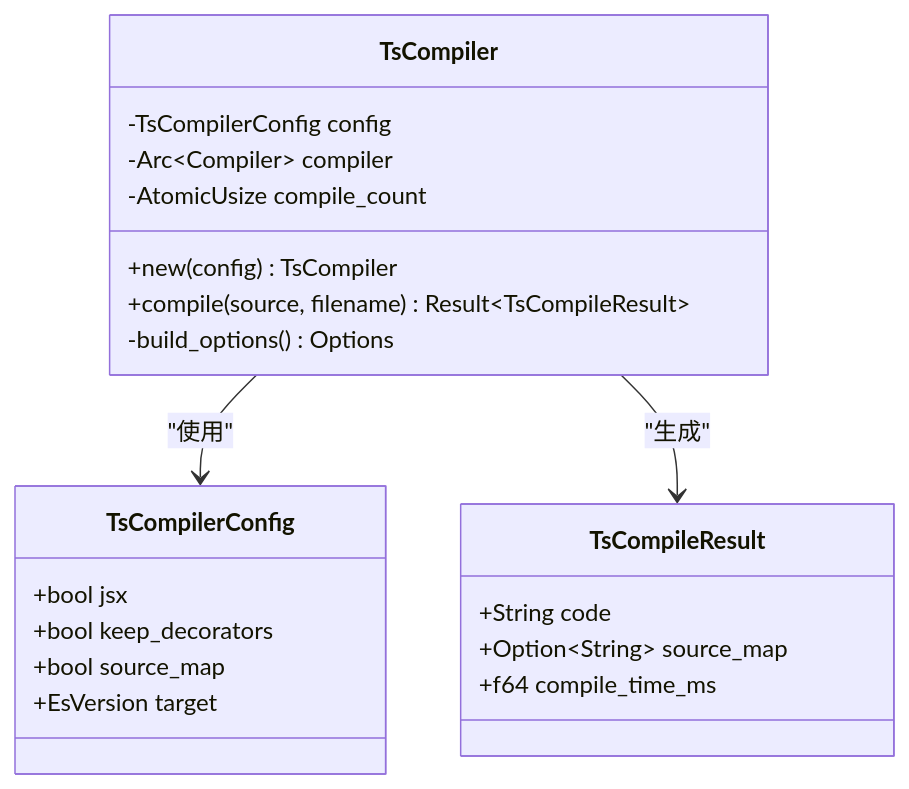
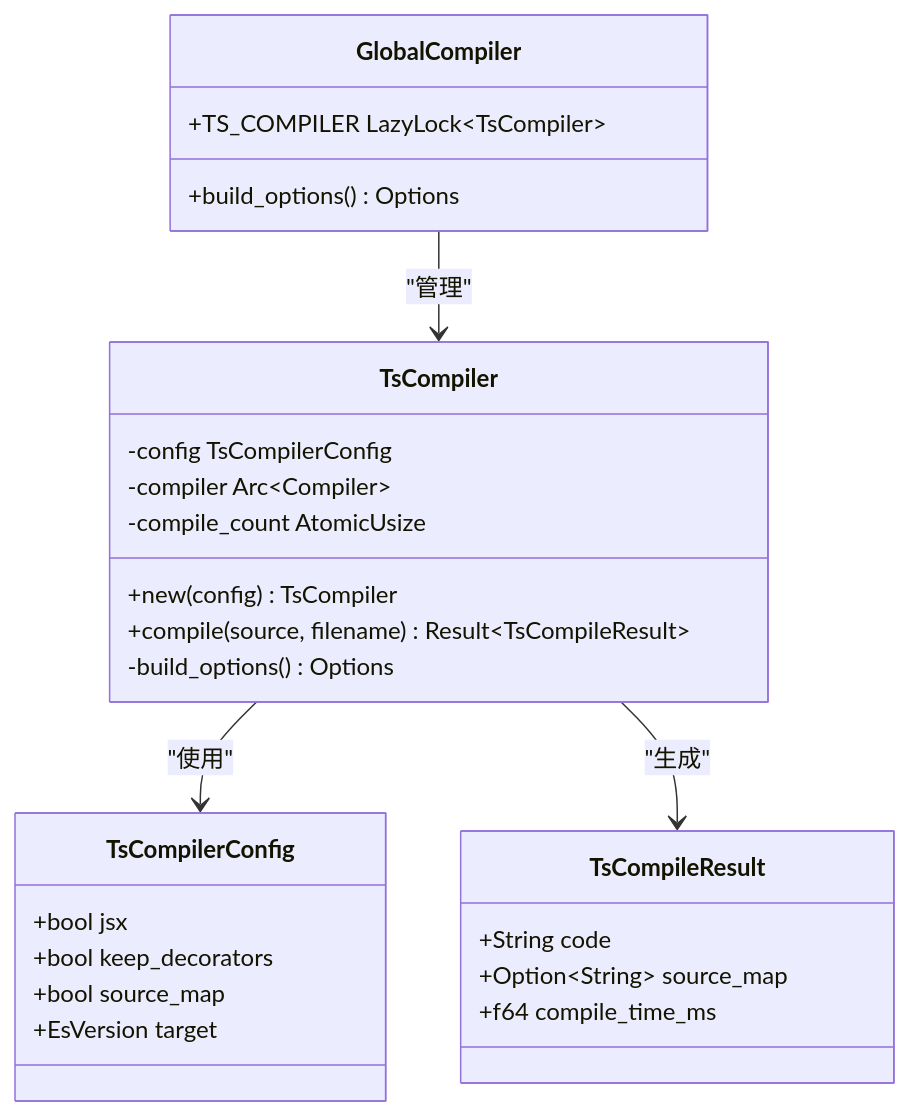
The second of 7 diagrams in .qoder/repowiki/zh/content/项目概述/技术架构总览/Source Map评估与优化.md (itszzl-sudo/iris), drawn with Mermaid before and after one commit. The commit also changed other lines of this file and 23 other files, not shown here.

````diff
--- a/.qoder/repowiki/zh/content/项目概述/技术架构总览/Source Map评估与优化.md
+++ b/.qoder/repowiki/zh/content/项目概述/技术架构总览/Source Map评估与优化.md
@@ -87,24 +86,29 @@
 ```mermaid
 classDiagram
 class TsCompilerConfig {
 +bool jsx
 +bool keep_decorators
 +bool source_map
 +EsVersion target
 }
 class TsCompileResult {
 +String code
 +Option~String~ source_map
 +f64 compile_time_ms
 }
 class TsCompiler {
--TsCompilerConfig config
--Arc~Compiler~ compiler
--AtomicUsize compile_count
+-config TsCompilerConfig
+-compiler Arc~Compiler~
+-compile_count AtomicUsize
 +new(config) TsCompiler
 +compile(source, filename) Result~TsCompileResult~
 -build_options() Options
 }
+class GlobalCompiler {
++TS_COMPILER LazyLock~TsCompiler~
++build_options() Options
+}
 TsCompiler --> TsCompilerConfig : "使用"
 TsCompiler --> TsCompileResult : "生成"
+GlobalCompiler --> TsCompiler : "管理"
 ```
````
